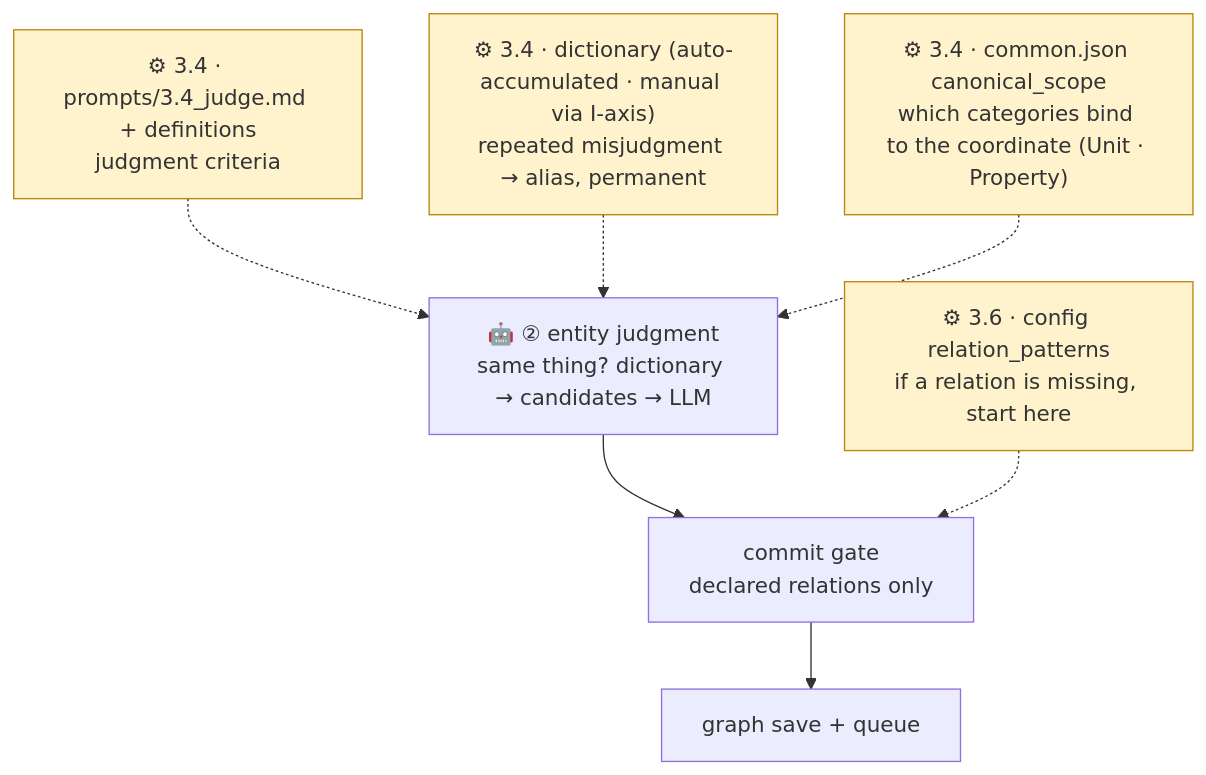
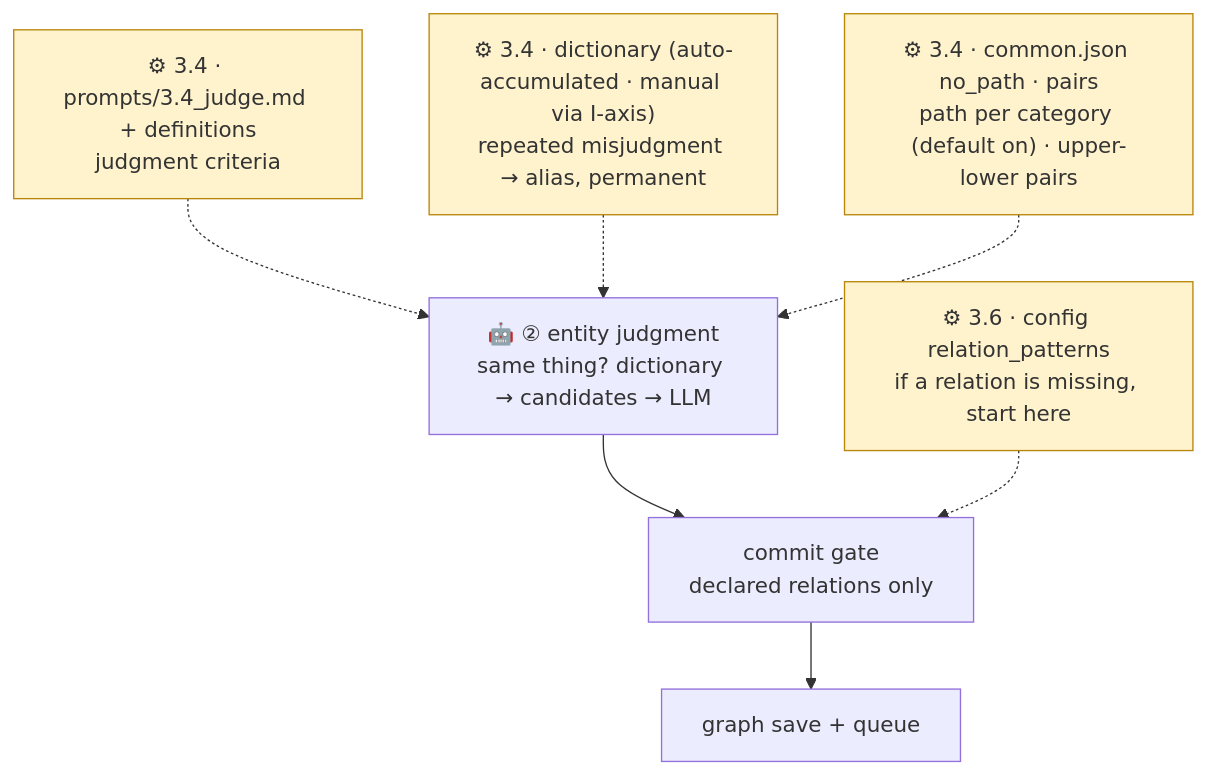
One commit to playjae0/ontology_system changed the third of 4 diagrams in docs/구조도/05_조절_지도.md. Above: the diagram before and after it, drawn with Mermaid. The commit also changed other lines of this file and 22 other files, not shown here.

````diff
--- a/docs/구조도/05_조절_지도.md
+++ b/docs/구조도/05_조절_지도.md
@@ -60,11 +60,11 @@
 ```mermaid
 flowchart TD
   I["🤖 ② entity judgment<br/>same thing? dictionary → candidates → LLM"]
   I --> J["commit gate<br/>declared relations only"] --> K["graph save + queue"]
 
   Q2["⚙ 3.4 · prompts/3.4_judge.md + definitions<br/>judgment criteria"]:::knob -.-> I
   Q3["⚙ 3.4 · dictionary (auto-accumulated · manual via I-axis)<br/>repeated misjudgment → alias, permanent"]:::knob -.-> I
   Q4["⚙ 3.6 · config relation_patterns<br/>if a relation is missing, start here"]:::knob -.-> J
-  Q5["⚙ 3.4 · common.json canonical_scope<br/>which categories bind to the coordinate (Unit · Property)"]:::knob -.-> I
+  Q5["⚙ 3.4 · common.json no_path · pairs<br/>path per category (default on) · upper-lower pairs"]:::knob -.-> I
   classDef knob fill:#fff3cd,stroke:#b8860b
 ```
````
